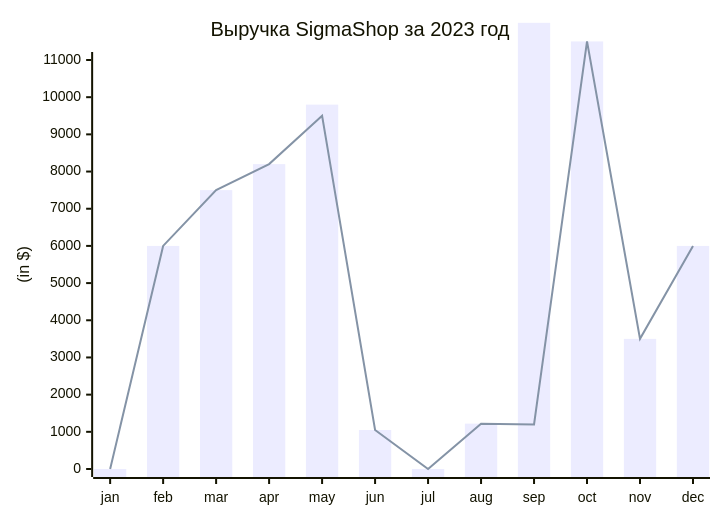
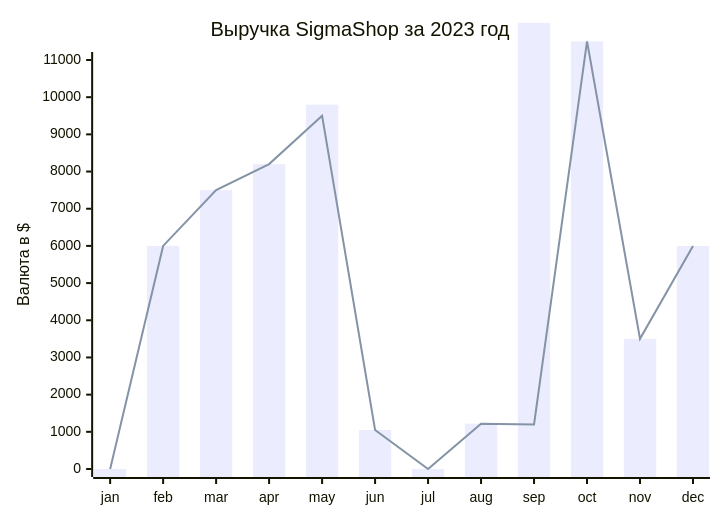
One commit to XTRLdontwantyou/ShafeevIS32K changed the second of 3 diagrams in README.md. Above: the diagram before and after it, drawn with Mermaid.

````diff
--- a/README.md
+++ b/README.md
@@ -54,8 +54,8 @@
 ```mermaid
 xychart-beta
     title "Выручка SigmaShop за 2023 год"
     x-axis [jan, feb, mar, apr, may, jun, jul, aug, sep, oct, nov, dec]
-    y-axis " (in $)" 0 --> 11000
+    y-axis "Валюта в  $" 0 --> 11000
     bar [000, 6000, 7500, 8200, 9800, 1050, 0, 1220, 12000, 11500, 3500, 6000]
     line [000, 6000, 7500, 8200, 9500, 1050, 0, 1220,1200, 11500, 3500, 6000]
 ```
````
